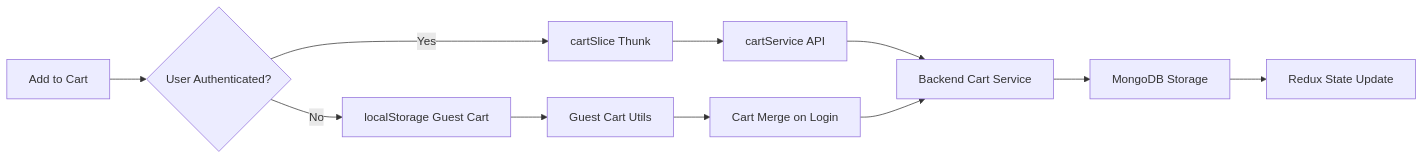
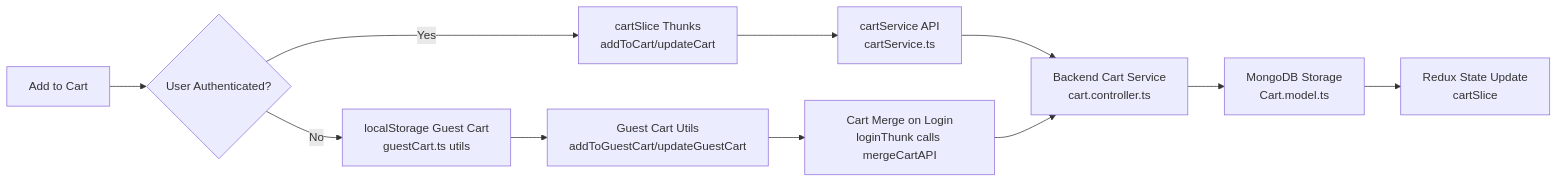
One commit to MONA100421/ShopFlow changed the second of 3 diagrams in README.md. Above: the diagram before and after it, drawn with Mermaid. The commit also changed other lines of this file, not shown here.

````diff
--- a/README.md
+++ b/README.md
@@ -52,13 +52,13 @@
 ```mermaid
 graph LR
     A[Add to Cart] --> B{User Authenticated?}
-    B -->|No| C[localStorage Guest Cart]
-    B -->|Yes| D[cartSlice Thunk]
-    C --> E[Guest Cart Utils]
-    D --> F[cartService API]
-    E --> G[Cart Merge on Login]
-    F --> H[Backend Cart Service]
+    B -->|No| C[localStorage Guest Cart<br/>guestCart.ts utils]
+    B -->|Yes| D[cartSlice Thunks<br/>addToCart/updateCart]
+    C --> E[Guest Cart Utils<br/>addToGuestCart/updateGuestCart]
+    D --> F[cartService API<br/>cartService.ts]
+    E --> G[Cart Merge on Login<br/>loginThunk calls mergeCartAPI]
+    F --> H[Backend Cart Service<br/>cart.controller.ts]
     G --> H
-    H --> I[MongoDB Storage]
-    I --> J[Redux State Update]
+    H --> I[MongoDB Storage<br/>Cart.model.ts]
+    I --> J[Redux State Update<br/>cartSlice]
 ```
````
